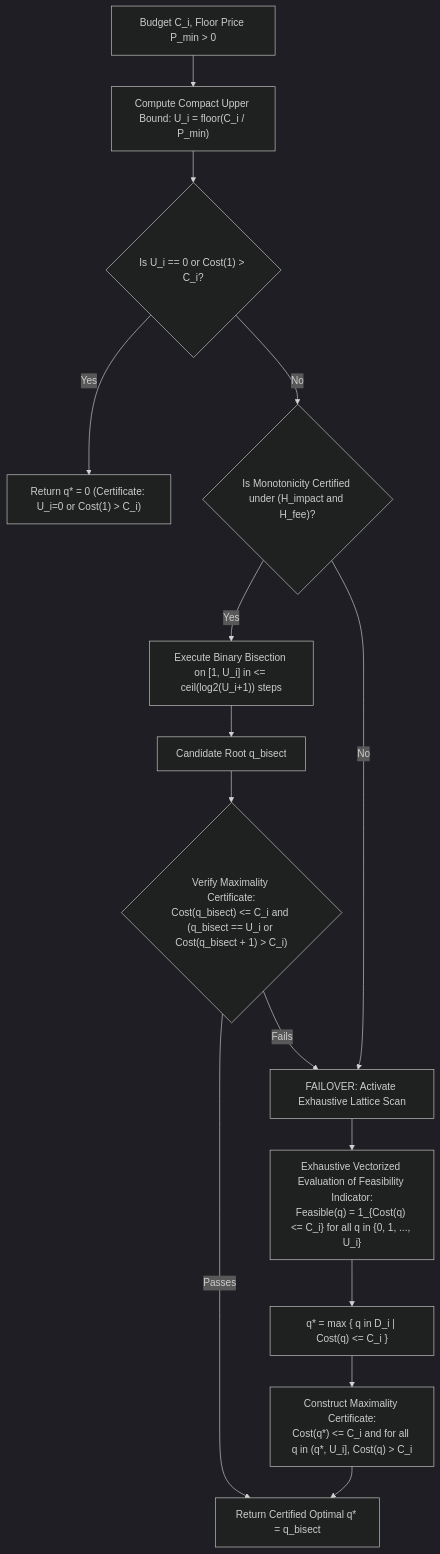
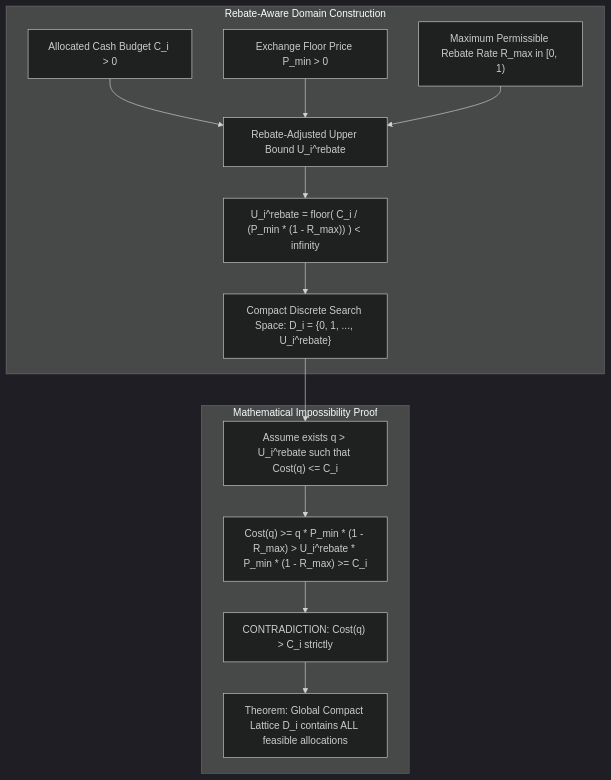
One commit to 2k25it2514261-cloud/alphaniti changed the first of 5 diagrams in README.md. Above: the diagram before and after it, drawn with Mermaid (dark theme). The commit also changed other lines of this file, not shown here.

````diff
--- a/README.md
+++ b/README.md
@@ -92,19 +31,17 @@
 ```mermaid
-flowchart TD
-    A["Budget C_i, Floor Price P_min > 0"] --> B["Compute Compact Upper Bound: U_i = floor(C_i / P_min)"]
-    B --> C{"Is U_i == 0 or Cost(1) > C_i?"}
-    C -- Yes --> D["Return q* = 0 (Certificate: U_i=0 or Cost(1) > C_i)"]
-    C -- No --> E{"Is Monotonicity Certified under (H_impact and H_fee)?"}
-    
-    E -- Yes --> F["Execute Binary Bisection on [1, U_i] in <= ceil(log2(U_i+1)) steps"]
-    F --> G["Candidate Root q_bisect"]
-    G --> H{"Verify Maximality Certificate:<br>Cost(q_bisect) <= C_i and (q_bisect == U_i or Cost(q_bisect + 1) > C_i)"}
-    H -- Passes --> I["Return Certified Optimal q* = q_bisect"]
-    H -- Fails --> J["FAILOVER: Activate Exhaustive Lattice Scan"]
-    
-    E -- No --> J
-    J --> K["Exhaustive Vectorized Evaluation of Feasibility Indicator:<br>Feasible(q) = 1_{Cost(q) <= C_i} for all q in {0, 1, ..., U_i}"]
-    K --> L["q* = max { q in D_i | Cost(q) <= C_i }"]
-    L --> M["Construct Maximality Certificate:<br>Cost(q*) <= C_i and for all q in (q*, U_i], Cost(q) > C_i"]
-    M --> I
+graph TD
+    subgraph Rebate-Aware Domain Construction
+        C["Allocated Cash Budget C_i > 0"] --> U["Rebate-Adjusted Upper Bound U_i^rebate"]
+        Pmin["Exchange Floor Price P_min > 0"] --> U
+        Rmax["Maximum Permissible Rebate Rate R_max in [0, 1)"] --> U
+        U --> Form["U_i^rebate = floor( C_i / (P_min * (1 - R_max)) ) < infinity"]
+        Form --> Lattice["Compact Discrete Search Space: D_i = {0, 1, ..., U_i^rebate}"]
+    end
+
+    subgraph Mathematical Impossibility Proof
+        Lattice --> Proof["Assume exists q > U_i^rebate such that Cost(q) <= C_i"]
+        Proof --> Ineq["Cost(q) >= q * P_min * (1 - R_max) > U_i^rebate * P_min * (1 - R_max) >= C_i"]
+        Ineq --> Contra["CONTRADICTION: Cost(q) > C_i strictly"]
+        Contra --> TH["Theorem: Global Compact Lattice D_i contains ALL feasible allocations"]
+    end
 ```
````
